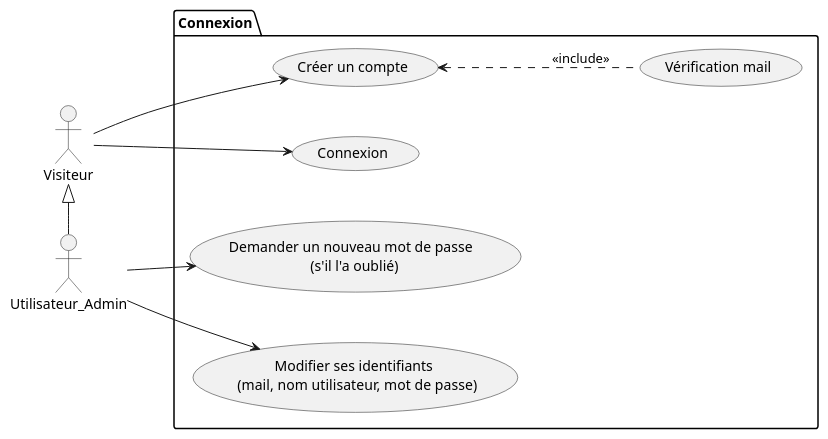
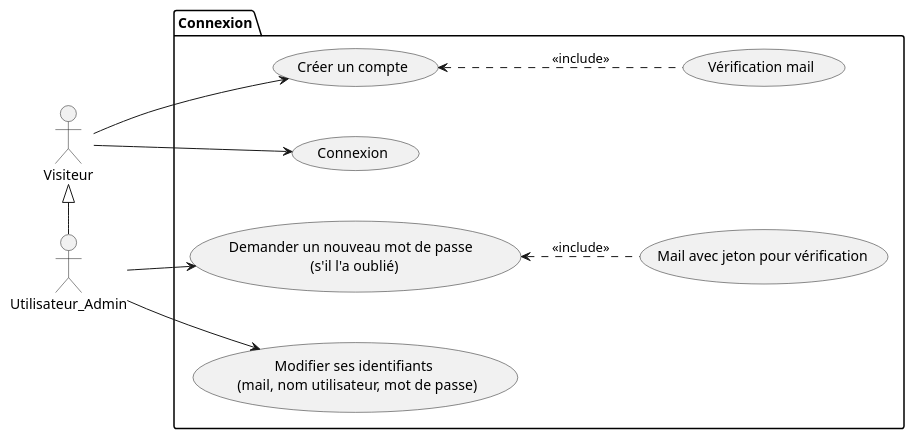
One commit to MihutaMihail/CodeIgniter4 changed the second of 3 diagrams in README.md. Above: the diagram before and after it, drawn with PlantUML.

````diff
--- a/README.md
+++ b/README.md
@@ -99,23 +99,25 @@
 ```plantuml
 @startuml model2
 scale 1
 skinparam nodesep 50
 left to right direction
 actor Visiteur as v
 actor Utilisateur_Admin as ua
 
 package Connexion{
     usecase "Créer un compte" as UC1
     usecase "Vérification mail" as UC2
     usecase "Connexion" as UC3
     usecase "Demander un nouveau mot de passe \n (s'il l'a oublié)" as UC4
     usecase "Modifier ses identifiants \n (mail, nom utilisateur, mot de passe)" as UC5
+    usecase "Mail avec jeton pour vérification" as UC6
 }
 v --> UC1
 UC2 .u.> UC1 : <<include>>
 v --> UC3
 ua --> UC4
+UC6 .u.> UC4 : <<include>>
 ua --> UC5
 ua -l-|> v
 @enduml
 ```
````
